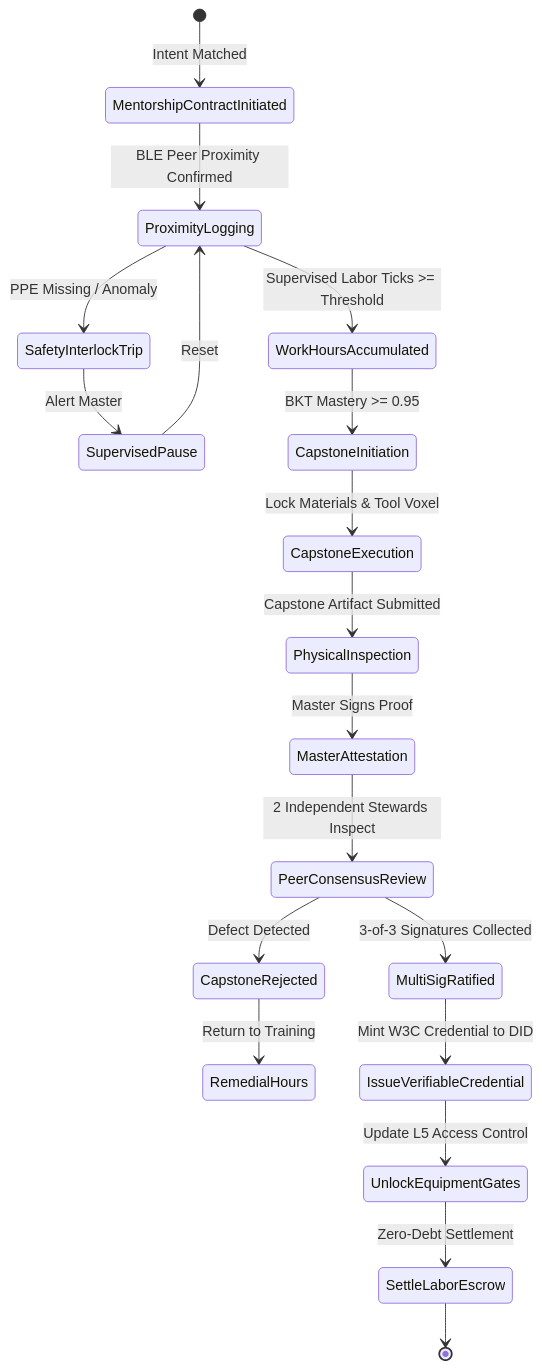
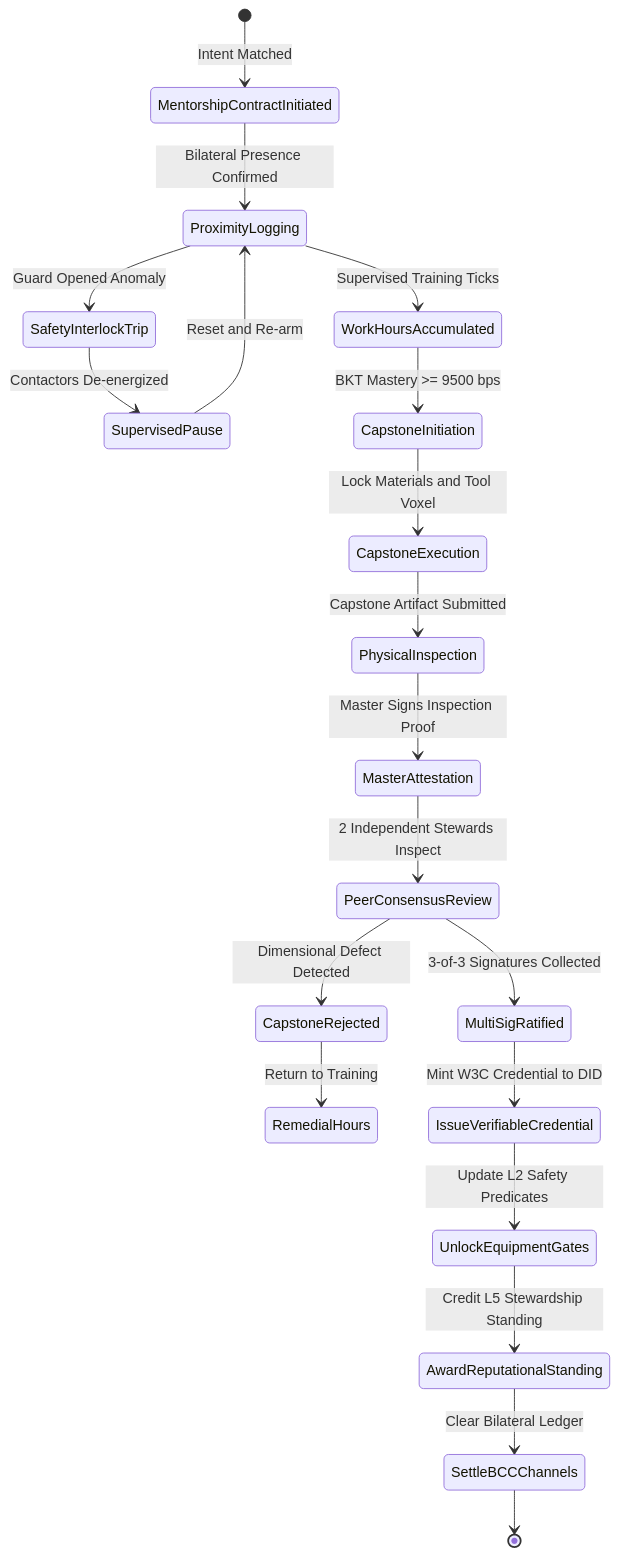
The second of 4 diagrams in docs/scenarios/kappa_apprenticeship.md (raffaine/collective), drawn with Mermaid before and after one commit. The commit also changed other lines of this file and 23 other files, not shown here.

````diff
--- a/docs/scenarios/kappa_apprenticeship.md
+++ b/docs/scenarios/kappa_apprenticeship.md
@@ -73,21 +88,22 @@
 ```mermaid
 stateDiagram-v2
     [*] --> MentorshipContractInitiated: Intent Matched
-    MentorshipContractInitiated --> ProximityLogging: BLE Peer Proximity Confirmed
-    ProximityLogging --> WorkHoursAccumulated: Supervised Labor Ticks >= Threshold
-    ProximityLogging --> SafetyInterlockTrip: PPE Missing / Anomaly
-    SafetyInterlockTrip --> SupervisedPause: Alert Master
-    SupervisedPause --> ProximityLogging: Reset
-    WorkHoursAccumulated --> CapstoneInitiation: BKT Mastery >= 0.95
-    CapstoneInitiation --> CapstoneExecution: Lock Materials & Tool Voxel
+    MentorshipContractInitiated --> ProximityLogging: Bilateral Presence Confirmed
+    ProximityLogging --> WorkHoursAccumulated: Supervised Training Ticks
+    ProximityLogging --> SafetyInterlockTrip: Guard Opened Anomaly
+    SafetyInterlockTrip --> SupervisedPause: Contactors De-energized
+    SupervisedPause --> ProximityLogging: Reset and Re-arm
+    WorkHoursAccumulated --> CapstoneInitiation: BKT Mastery >= 9500 bps
+    CapstoneInitiation --> CapstoneExecution: Lock Materials and Tool Voxel
     CapstoneExecution --> PhysicalInspection: Capstone Artifact Submitted
-    PhysicalInspection --> MasterAttestation: Master Signs Proof
+    PhysicalInspection --> MasterAttestation: Master Signs Inspection Proof
     MasterAttestation --> PeerConsensusReview: 2 Independent Stewards Inspect
-    PeerConsensusReview --> CapstoneRejected: Defect Detected
+    PeerConsensusReview --> CapstoneRejected: Dimensional Defect Detected
     CapstoneRejected --> RemedialHours: Return to Training
     PeerConsensusReview --> MultiSigRatified: 3-of-3 Signatures Collected
     MultiSigRatified --> IssueVerifiableCredential: Mint W3C Credential to DID
-    IssueVerifiableCredential --> UnlockEquipmentGates: Update L5 Access Control
-    UnlockEquipmentGates --> SettleLaborEscrow: Zero-Debt Settlement
-    SettleLaborEscrow --> [*]
+    IssueVerifiableCredential --> UnlockEquipmentGates: Update L2 Safety Predicates
+    UnlockEquipmentGates --> AwardReputationalStanding: Credit L5 Stewardship Standing
+    AwardReputationalStanding --> SettleBCCChannels: Clear Bilateral Ledger
+    SettleBCCChannels --> [*]
 ```
````
